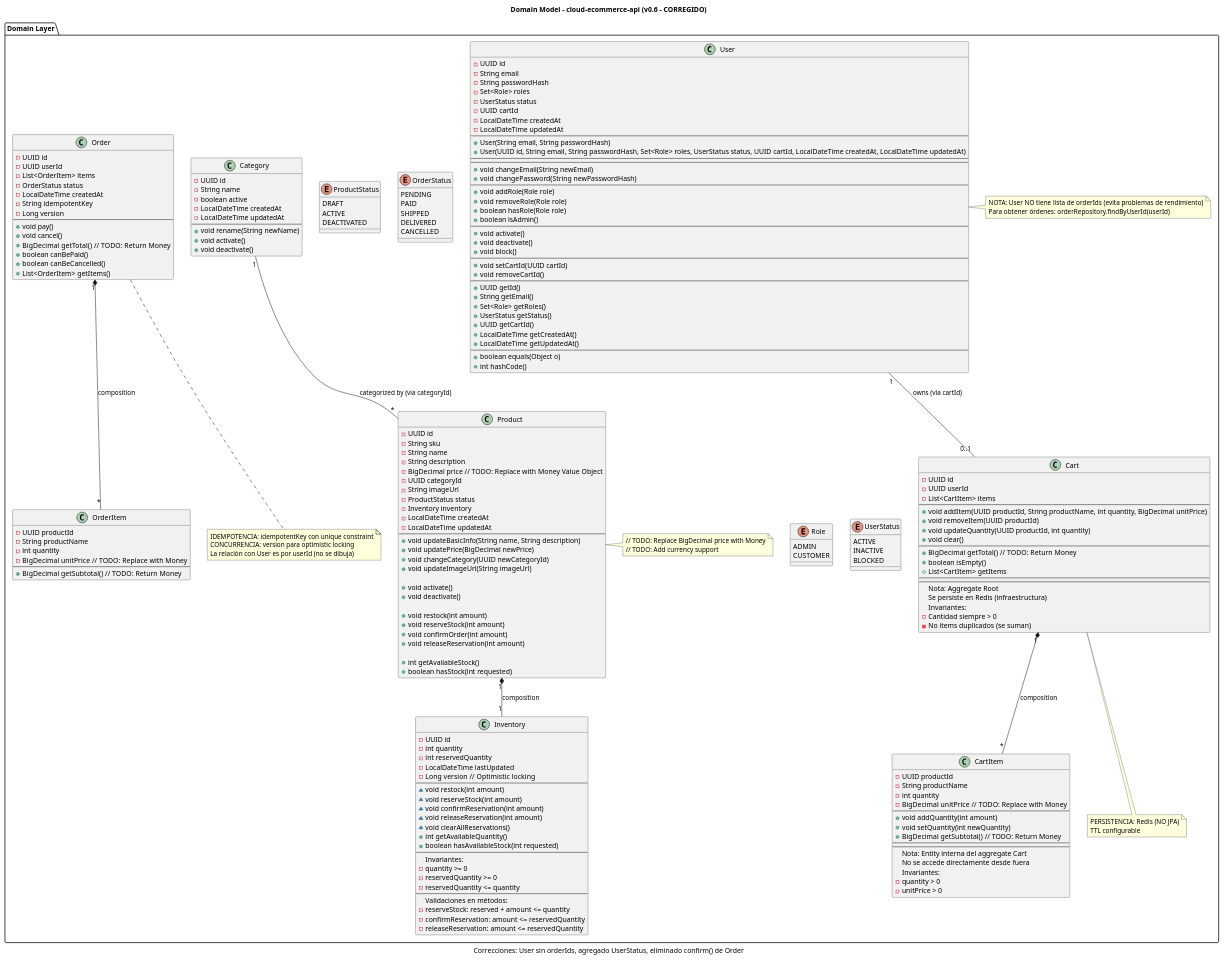
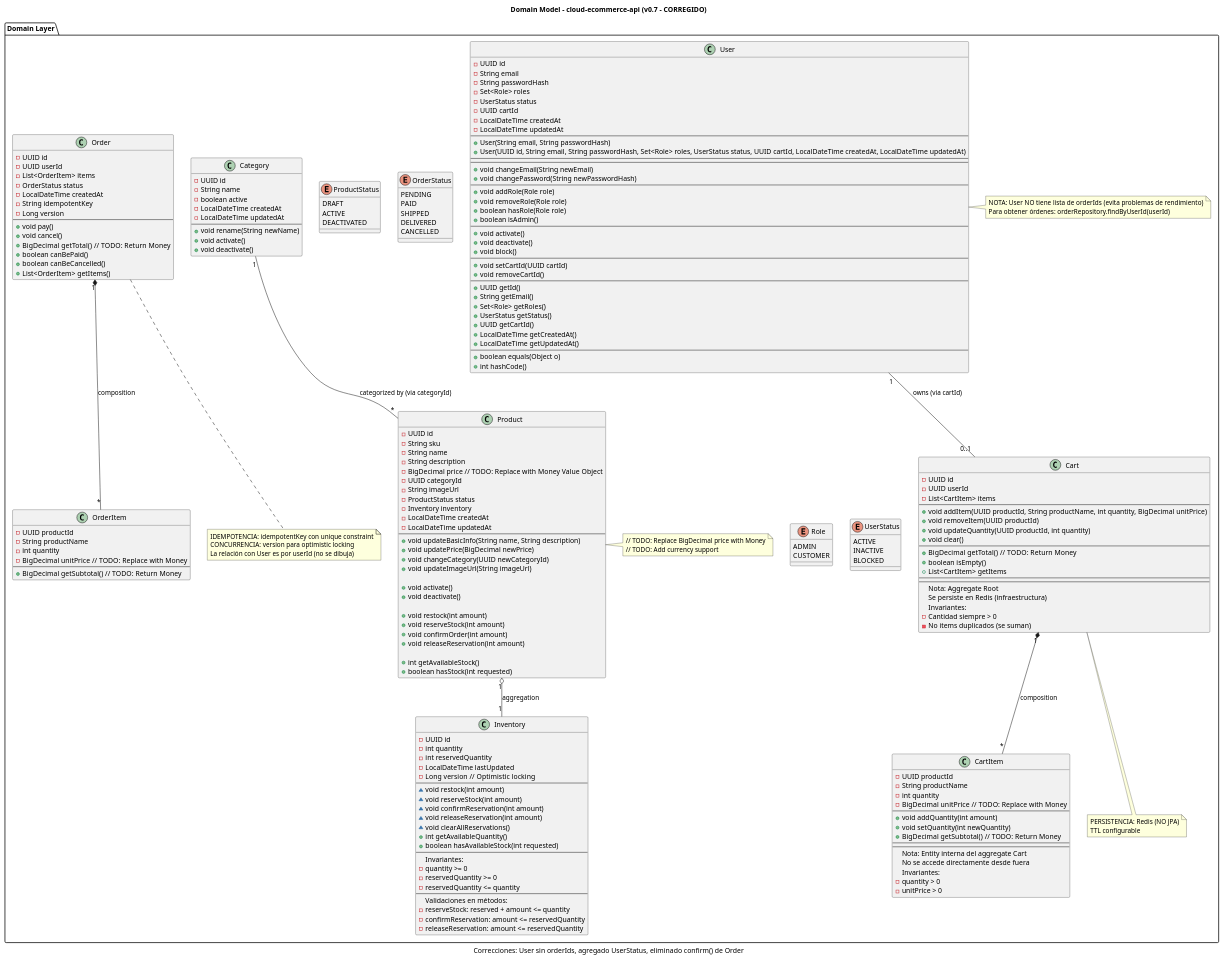
The diagram in docs/diagrams/domain-model.puml (marcobustosblas/cloud-ecommerce-api), drawn with PlantUML before and after one commit.

Commit message:
docs(diagram): change Product-Inventory relationship from composition to aggregation

```diff
--- a/docs/diagrams/domain-model.puml
+++ b/docs/diagrams/domain-model.puml
@@ -1,5 +1,5 @@
 @startuml
-title Domain Model - cloud-ecommerce-api (v0.6 - CORREGIDO)
+title Domain Model - cloud-ecommerce-api (v0.7 - CORREGIDO)
 caption Autor: Marco Orlando Bustos Blas - Fecha: 2026-04-13
 caption Correcciones: User sin orderIds, agregado UserStatus, eliminado confirm() de Order
 
@@ -218,13 +218,27 @@
 
     ' Relaciones (CORREGIDAS)
     Category "1" -- "*" Product : categorized by (via categoryId)
-    Product "1" *-- "1" Inventory : composition
+    Product "1" o-- "1" Inventory : aggregation
     User "1" -- "0..1" Cart : owns (via cartId)
     Order "1" *-- "*" OrderItem : composition
     Cart "1" *-- "*" CartItem : composition
 
-    '' NOTA: Order NO tiene relación directa en el diagrama con User
+    '' NOTAS
+
+    '' Order NO tiene relación directa en el diagrama con User
     '' La relación es por userId (consulta inversa en repositorio)
+
+    '' Changes realized at 24-04-26, 16:07 hrs
+
+    '' Aggregation is a "has-a" relationship with weak ownership, where parts exist independently of the whole (e.g., Car-Engine)
+    '' Composition is a "part-of" relationship with strong ownership, where the child’s lifecycle depends on the parent (e.g., House-Room).
+    '' Cambio Relación *-- → o-- en diagrama
+    '' La naturaleza de la relación cambia: Inventory ya no es "parte vital" de Product
+
+    '' Change *-- to o-- to reflect soft delete business rule
+    '' Inventory has historical value and should not be deleted with Product
+    '' Product uses status=DEACTIVATED for soft delete, not hard delete
+    '' This aligns with real-world business requirements
 
     note right of Product
         // TODO: Replace BigDecimal price with Money
```
